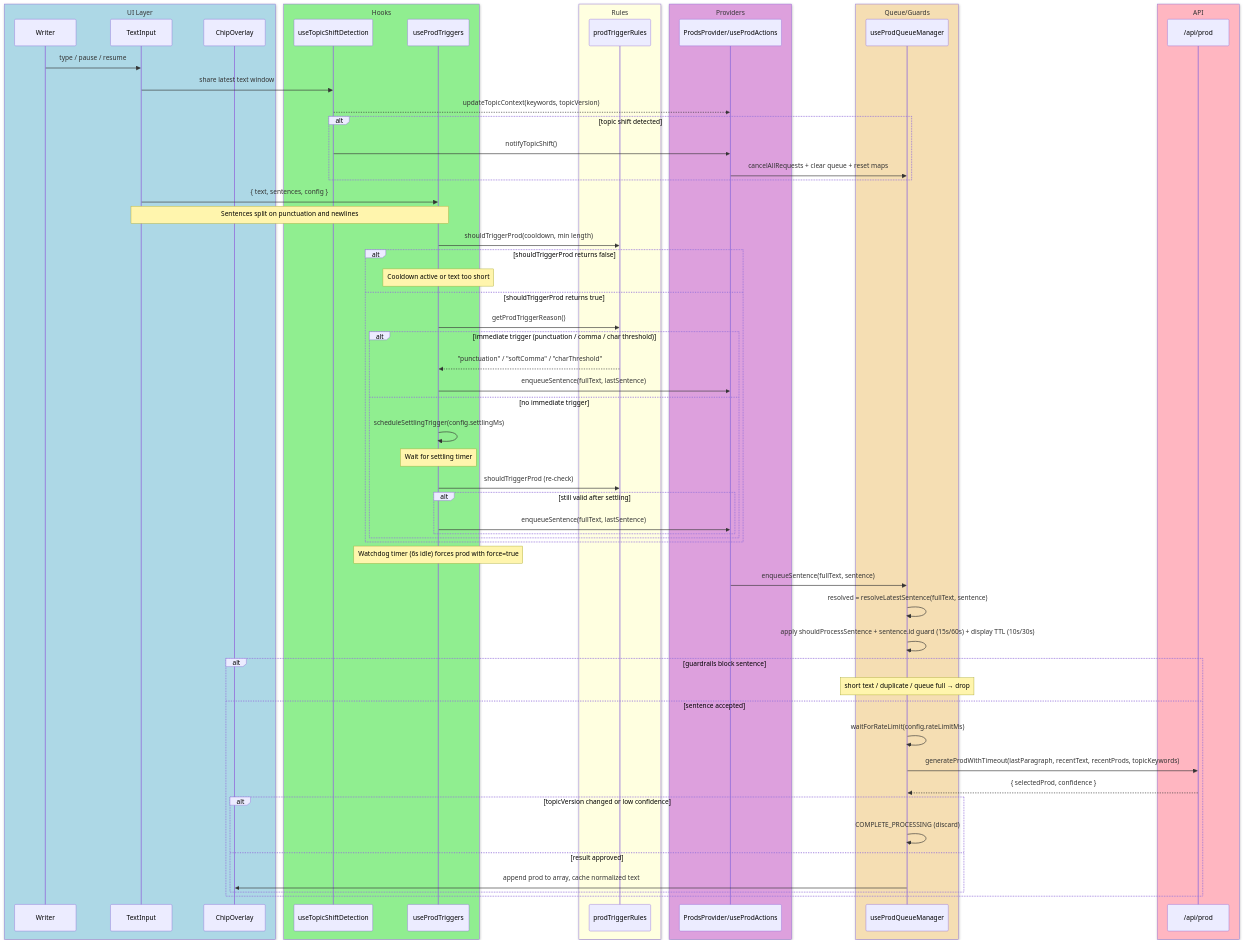
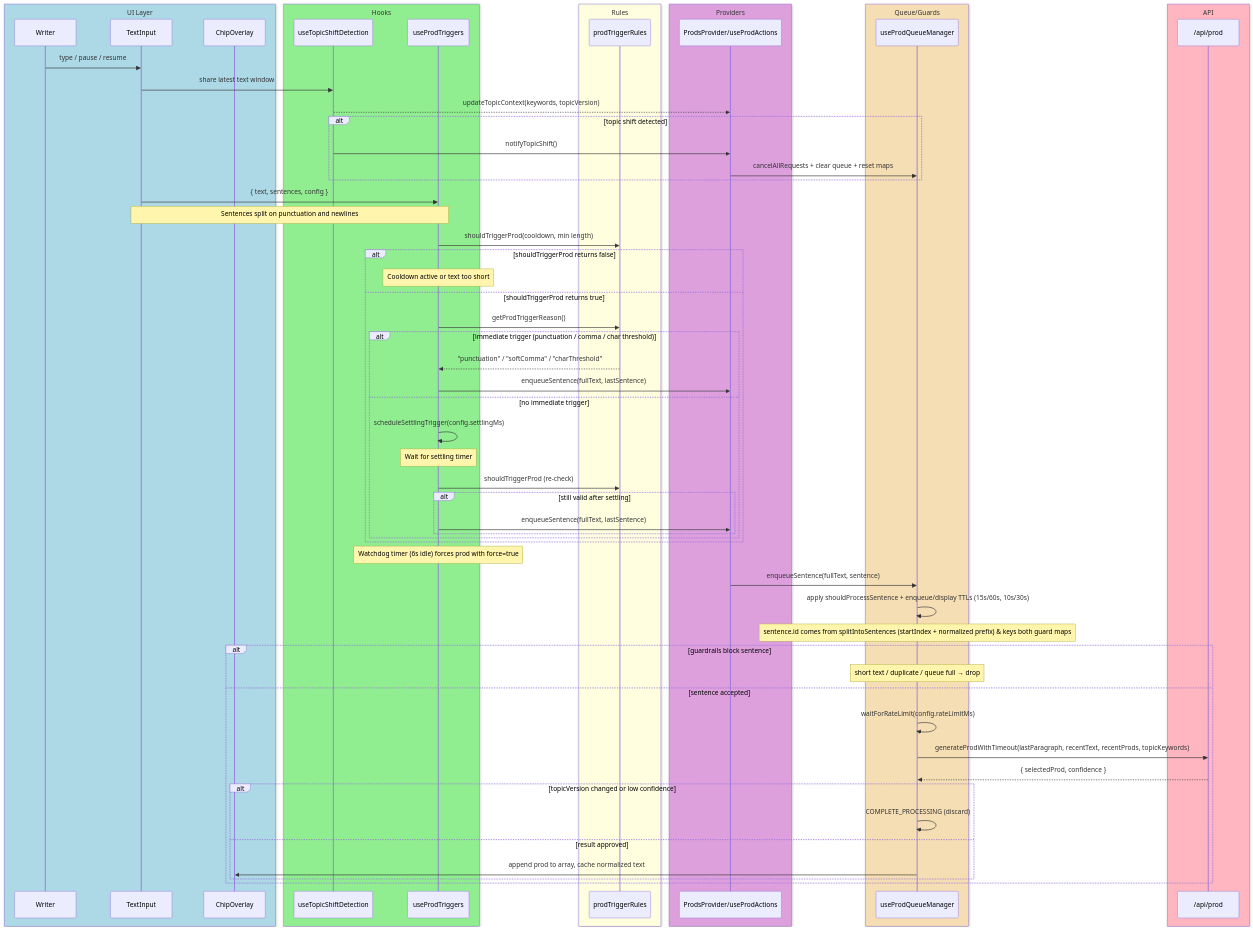
The diagram in docs/diagrams/prod-triggers.mmd (andreicstoica/refract), drawn with Mermaid before and after one commit. The commit also changed 4 other files, not shown here.

```diff
--- a/docs/diagrams/prod-triggers.mmd
+++ b/docs/diagrams/prod-triggers.mmd
@@ -1,76 +1,76 @@
 sequenceDiagram
   box lightblue UI Layer
     participant Writer
     participant TextInput
     participant Chips as ChipOverlay
   end
   box lightgreen Hooks
     participant Topic as useTopicShiftDetection
     participant Triggers as useProdTriggers
   end
   box lightyellow Rules
     participant Rules as prodTriggerRules
   end
   box plum Providers
     participant Actions as ProdsProvider/useProdActions
   end
   box wheat Queue/Guards
     participant Guards as useProdQueueManager
   end
   box lightpink API
     participant API as /api/prod
   end
 
   Writer->>TextInput: type / pause / resume
   TextInput->>Topic: share latest text window
   
   Topic-->>Actions: updateTopicContext(keywords, topicVersion)
   
   alt topic shift detected
     Topic->>Actions: notifyTopicShift()
     Actions->>Guards: cancelAllRequests + clear queue + reset maps
   end
   
   TextInput->>Triggers: { text, sentences, config }
   Note over TextInput,Triggers: Sentences split on punctuation and newlines
   
   Triggers->>Rules: shouldTriggerProd(cooldown, min length)
   
   alt shouldTriggerProd returns false
     Note over Triggers: Cooldown active or text too short
   else shouldTriggerProd returns true
     Triggers->>Rules: getProdTriggerReason()
     
     alt immediate trigger (punctuation / comma / char threshold)
       Rules-->>Triggers: "punctuation" / "softComma" / "charThreshold"
       Triggers->>Actions: enqueueSentence(fullText, lastSentence)
     else no immediate trigger
       Triggers->>Triggers: scheduleSettlingTrigger(config.settlingMs)
       Note over Triggers: Wait for settling timer
       Triggers->>Rules: shouldTriggerProd (re-check)
       alt still valid after settling
         Triggers->>Actions: enqueueSentence(fullText, lastSentence)
       end
     end
   end
   
   Note over Triggers: Watchdog timer (6s idle) forces prod with force=true
   
   Actions->>Guards: enqueueSentence(fullText, sentence)
   
-  Guards->>Guards: resolved = resolveLatestSentence(fullText, sentence)
-  Guards->>Guards: apply shouldProcessSentence + sentence.id guard (15s/60s) + display TTL (10s/30s)
+  Guards->>Guards: apply shouldProcessSentence + enqueue/display TTLs (15s/60s, 10s/30s)
+  Note over Guards: sentence.id comes from splitIntoSentences (startIndex + normalized prefix) & keys both guard maps
   
   alt guardrails block sentence
     Note over Guards: short text / duplicate / queue full → drop
   else sentence accepted
     Guards->>Guards: waitForRateLimit(config.rateLimitMs)
     Guards->>API: generateProdWithTimeout(lastParagraph, recentText, recentProds, topicKeywords)
     API-->>Guards: { selectedProd, confidence }
     
     alt topicVersion changed or low confidence
       Guards->>Guards: COMPLETE_PROCESSING (discard)
     else result approved
       Guards->>Chips: append prod to array, cache normalized text
     end
   end
```
